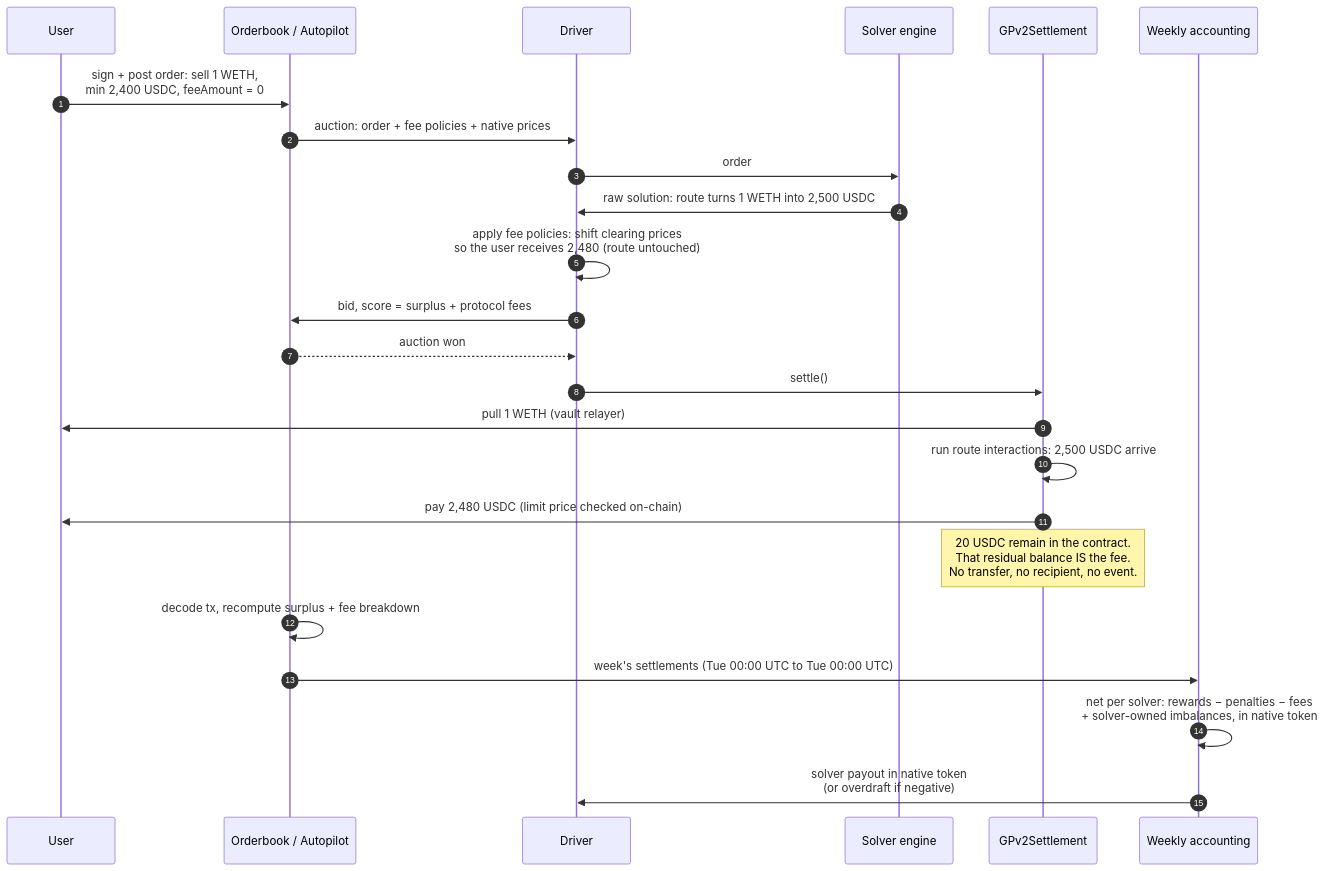
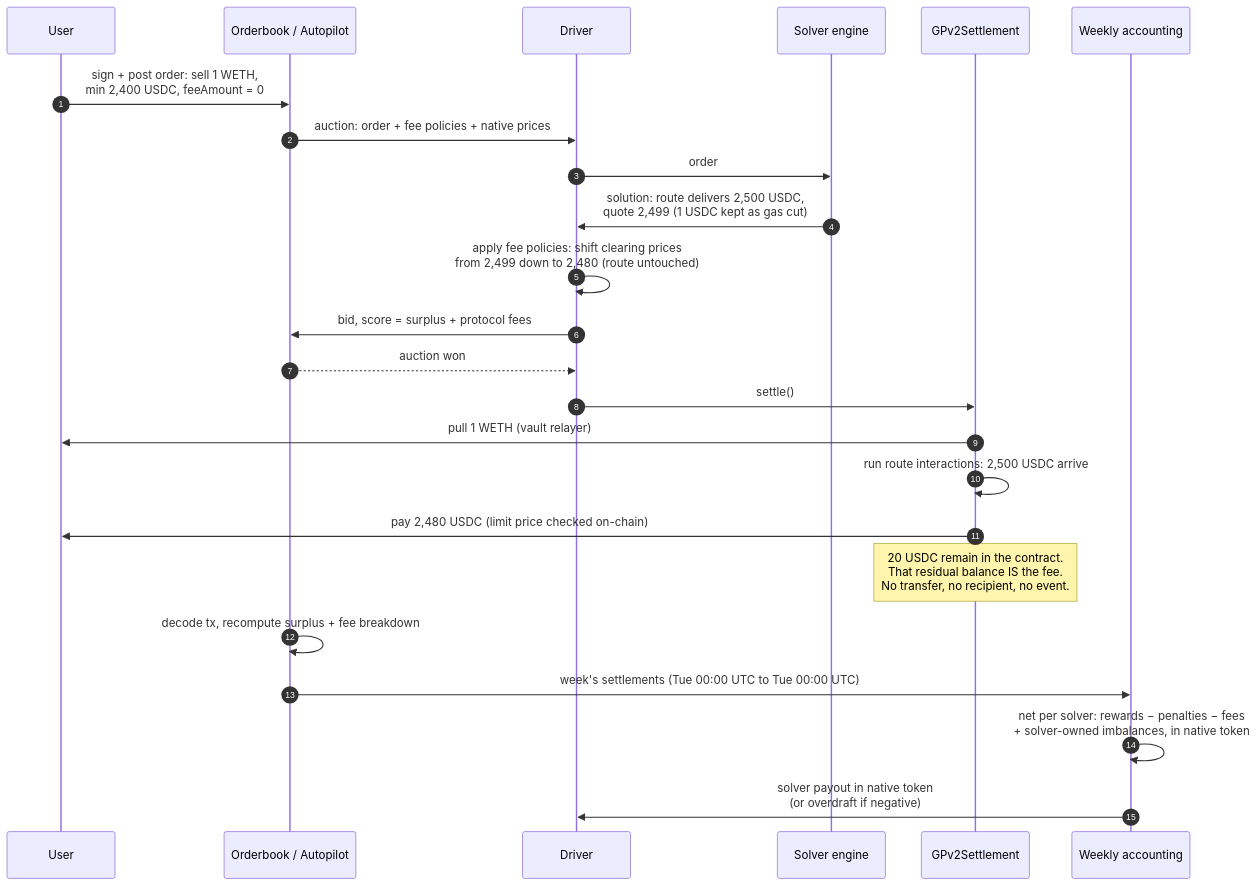
The first of 3 diagrams in docs/reference/cow-fee-collection.md (bleu/byos-contracts), drawn with Mermaid before and after one commit. The commit also changed other lines of this file, not shown here.

Commit message:
docs(reference): gas cut is the engine's own quote margin, not a driver job

````diff
--- a/docs/reference/cow-fee-collection.md
+++ b/docs/reference/cow-fee-collection.md
@@ -68,27 +72,27 @@
 ```mermaid
 sequenceDiagram
     autonumber
     participant U as User
     participant AP as Orderbook / Autopilot
     participant D as Driver
     participant E as Solver engine
     participant S as GPv2Settlement
     participant W as Weekly accounting
 
     U->>AP: sign + post order: sell 1 WETH,<br/>min 2,400 USDC, feeAmount = 0
     AP->>D: auction: order + fee policies + native prices
     D->>E: order
-    E->>D: raw solution: route turns 1 WETH into 2,500 USDC
-    D->>D: apply fee policies: shift clearing prices<br/>so the user receives 2,480 (route untouched)
+    E->>D: solution: route delivers 2,500 USDC,<br/>quote 2,499 (1 USDC kept as gas cut)
+    D->>D: apply fee policies: shift clearing prices<br/>from 2,499 down to 2,480 (route untouched)
     D->>AP: bid, score = surplus + protocol fees
     AP-->>D: auction won
     D->>S: settle()
     S->>U: pull 1 WETH (vault relayer)
     S->>S: run route interactions: 2,500 USDC arrive
     S->>U: pay 2,480 USDC (limit price checked on-chain)
     Note over S: 20 USDC remain in the contract.<br/>That residual balance IS the fee.<br/>No transfer, no recipient, no event.
     AP->>AP: decode tx, recompute surplus + fee breakdown
     AP->>W: week's settlements (Tue 00:00 UTC to Tue 00:00 UTC)
     W->>W: net per solver: rewards − penalties − fees<br/>+ solver-owned imbalances, in native token
     W->>D: solver payout in native token<br/>(or overdraft if negative)
 ```
````
